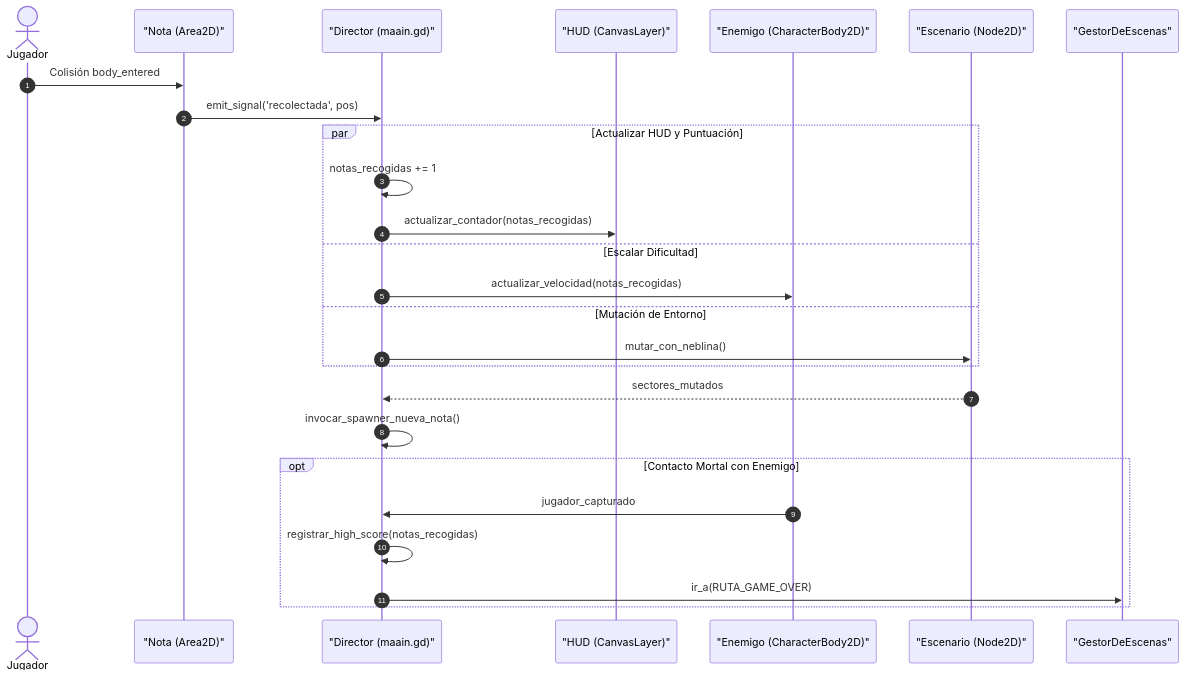
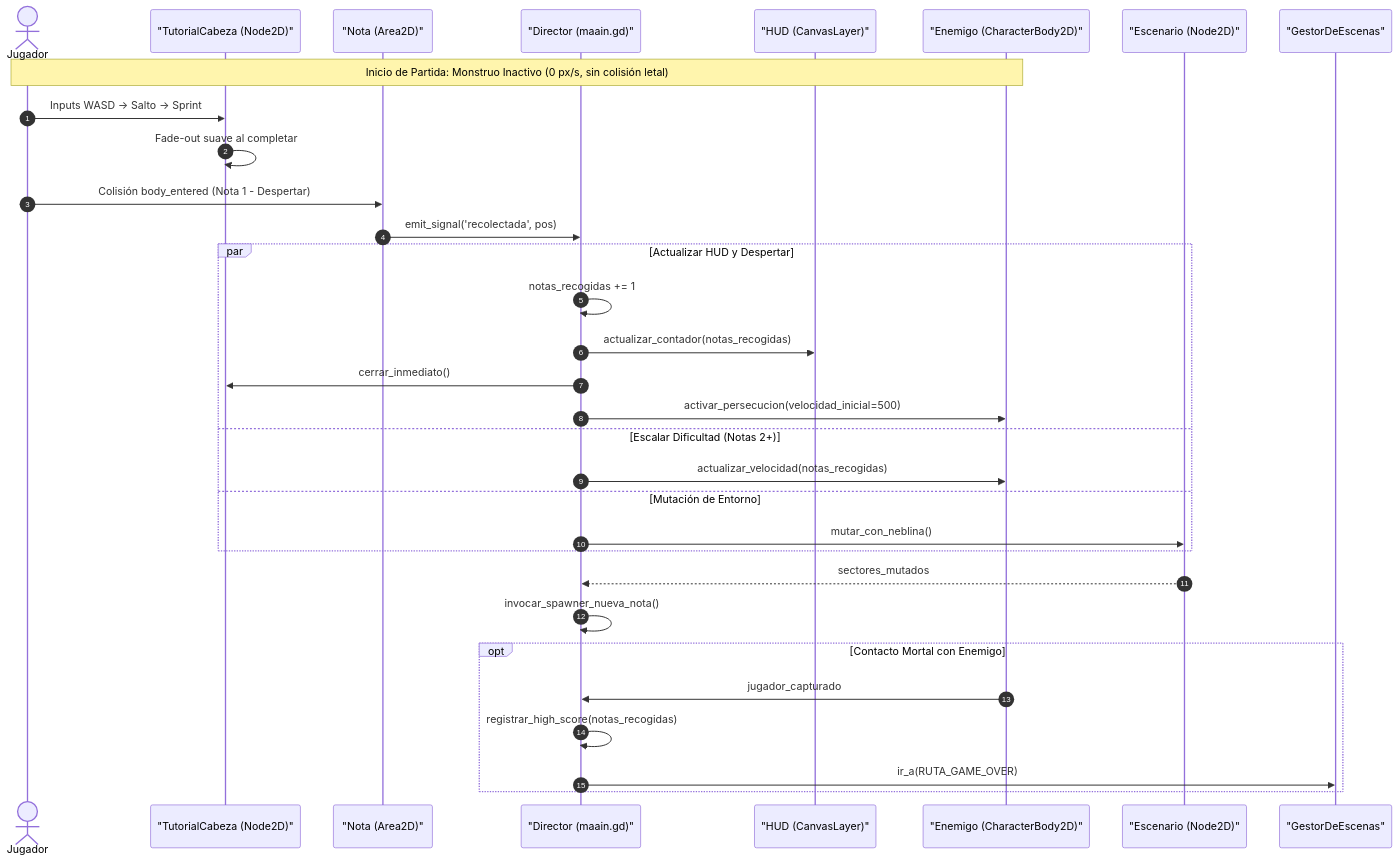
One commit to EmGamex/vosque changed the diagram in docs/gameplay/arquitectura_de_partida_y_director.md. Above: the diagram before and after it, drawn with Mermaid. The commit also changed 3 other files, not shown here.

Commit message:
docs(gameplay): documentar tutorial sobre la cabeza y activacion diferida del monstruo

````diff
--- a/docs/gameplay/arquitectura_de_partida_y_director.md
+++ b/docs/gameplay/arquitectura_de_partida_y_director.md
@@ -25,32 +25,39 @@
 ```mermaid
 sequenceDiagram
     autonumber
     actor Jugador
+    participant Tutorial as "TutorialCabeza (Node2D)"
     participant Nota as "Nota (Area2D)"
     participant Director as "Director (maain.gd)"
     participant HUD as "HUD (CanvasLayer)"
     participant Monstruo as "Enemigo (CharacterBody2D)"
     participant Escenario as "Escenario (Node2D)"
     participant Gestor as "GestorDeEscenas"
 
-    Jugador->>Nota: Colisión body_entered
+    Note over Jugador,Monstruo: Inicio de Partida: Monstruo Inactivo (0 px/s, sin colisión letal)
+    Jugador->>Tutorial: Inputs WASD -> Salto -> Sprint
+    Tutorial->>Tutorial: Fade-out suave al completar
+
+    Jugador->>Nota: Colisión body_entered (Nota 1 - Despertar)
     Nota->>Director: emit_signal('recolectada', pos)
     
-    par Actualizar HUD y Puntuación
+    par Actualizar HUD y Despertar
         Director->>Director: notas_recogidas += 1
         Director->>HUD: actualizar_contador(notas_recogidas)
-    and Escalar Dificultad
+        Director->>Tutorial: cerrar_inmediato()
+        Director->>Monstruo: activar_persecucion(velocidad_inicial=500)
+    and Escalar Dificultad (Notas 2+)
         Director->>Monstruo: actualizar_velocidad(notas_recogidas)
     and Mutación de Entorno
         Director->>Escenario: mutar_con_neblina()
     end
     
     Escenario-->>Director: sectores_mutados
     Director->>Director: invocar_spawner_nueva_nota()
 
     opt Contacto Mortal con Enemigo
         Monstruo->>Director: jugador_capturado
         Director->>Director: registrar_high_score(notas_recogidas)
         Director->>Gestor: ir_a(RUTA_GAME_OVER)
     end
 ```
````
